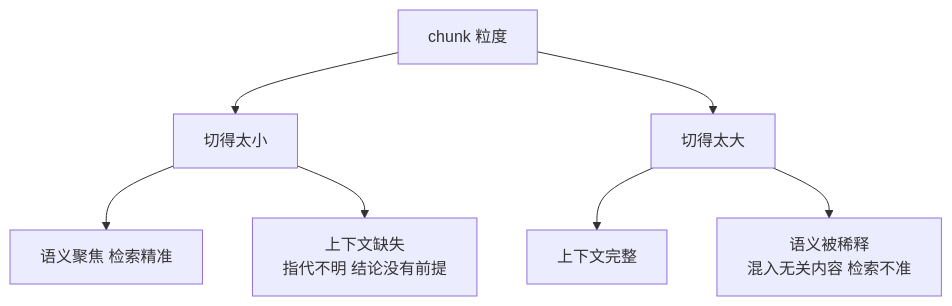
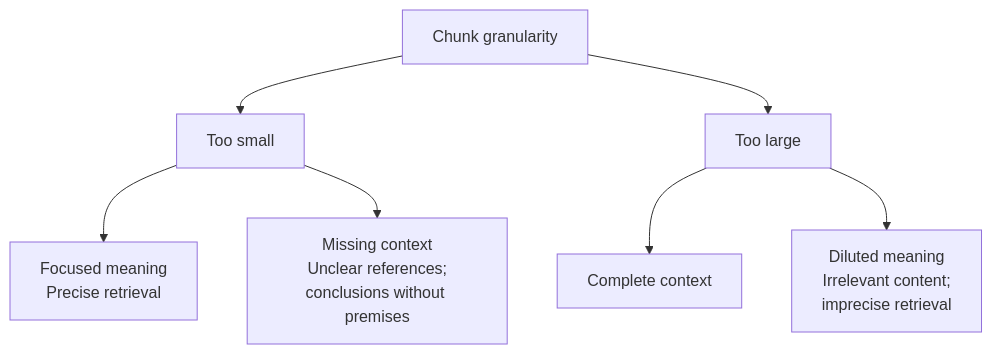
The first of 2 diagrams in docs/rag/02-ingestion-indexing/04-chunking-strategy.md (oneleaveknowsthefall/awesome-ai-roadmap), drawn with Mermaid before and after one commit. The commit also changed other lines of this file and 60 other files, not shown here.

````diff
--- a/docs/rag/02-ingestion-indexing/04-chunking-strategy.md
+++ b/docs/rag/02-ingestion-indexing/04-chunking-strategy.md
@@ -25,11 +25,11 @@
 ```mermaid
 flowchart TB
-    G[chunk 粒度] --> S[切得太小]
-    G --> L[切得太大]
+    G[Chunk granularity] --> S[Too small]
+    G --> L[Too large]
 
-    S --> S1[语义聚焦 检索精准]
-    S --> S2[上下文缺失<br/>指代不明 结论没有前提]
+    S --> S1[Focused meaning<br/>Precise retrieval]
+    S --> S2[Missing context<br/>Unclear references;<br/>conclusions without premises]
 
-    L --> L1[上下文完整]
-    L --> L2[语义被稀释<br/>混入无关内容 检索不准]
+    L --> L1[Complete context]
+    L --> L2[Diluted meaning<br/>Irrelevant content;<br/>imprecise retrieval]
 ```
````
